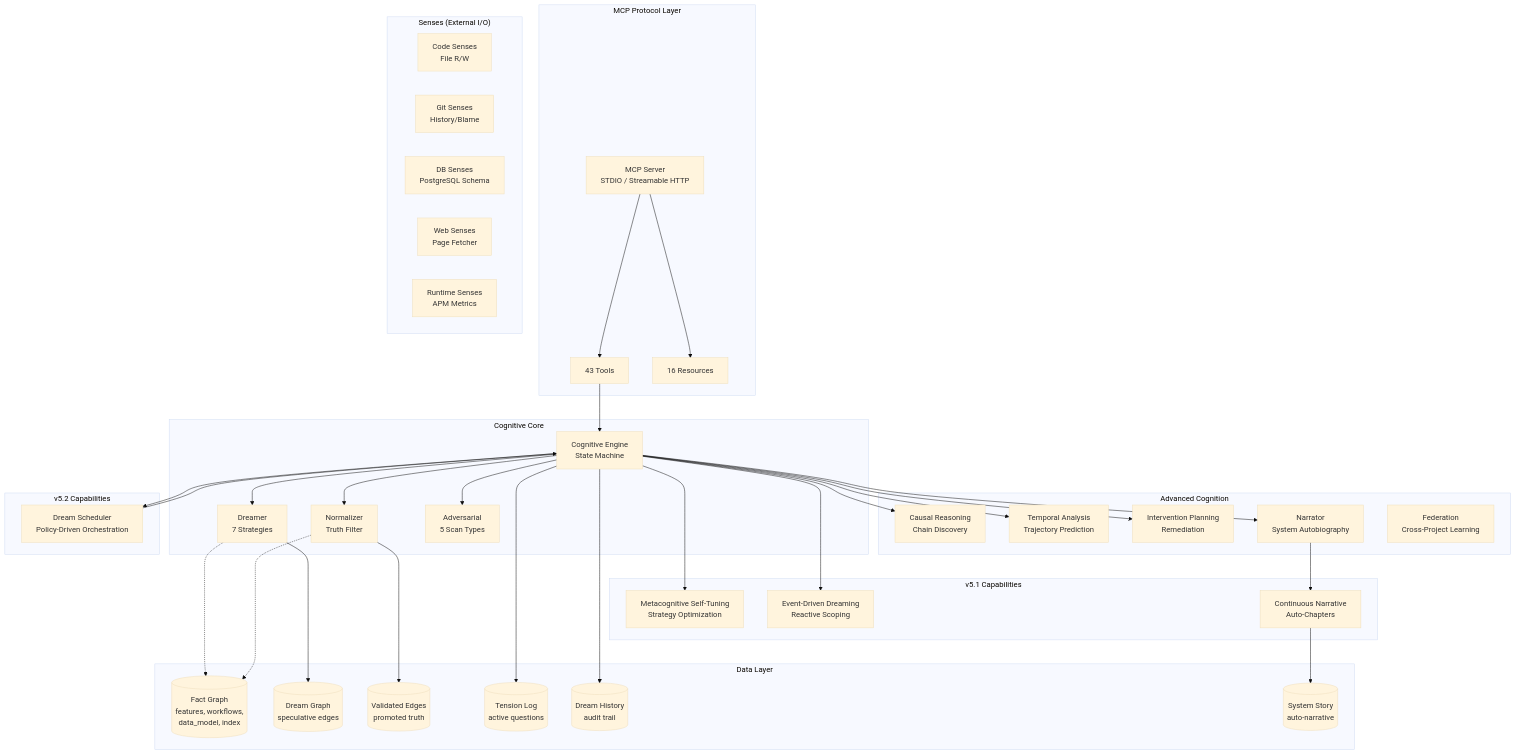
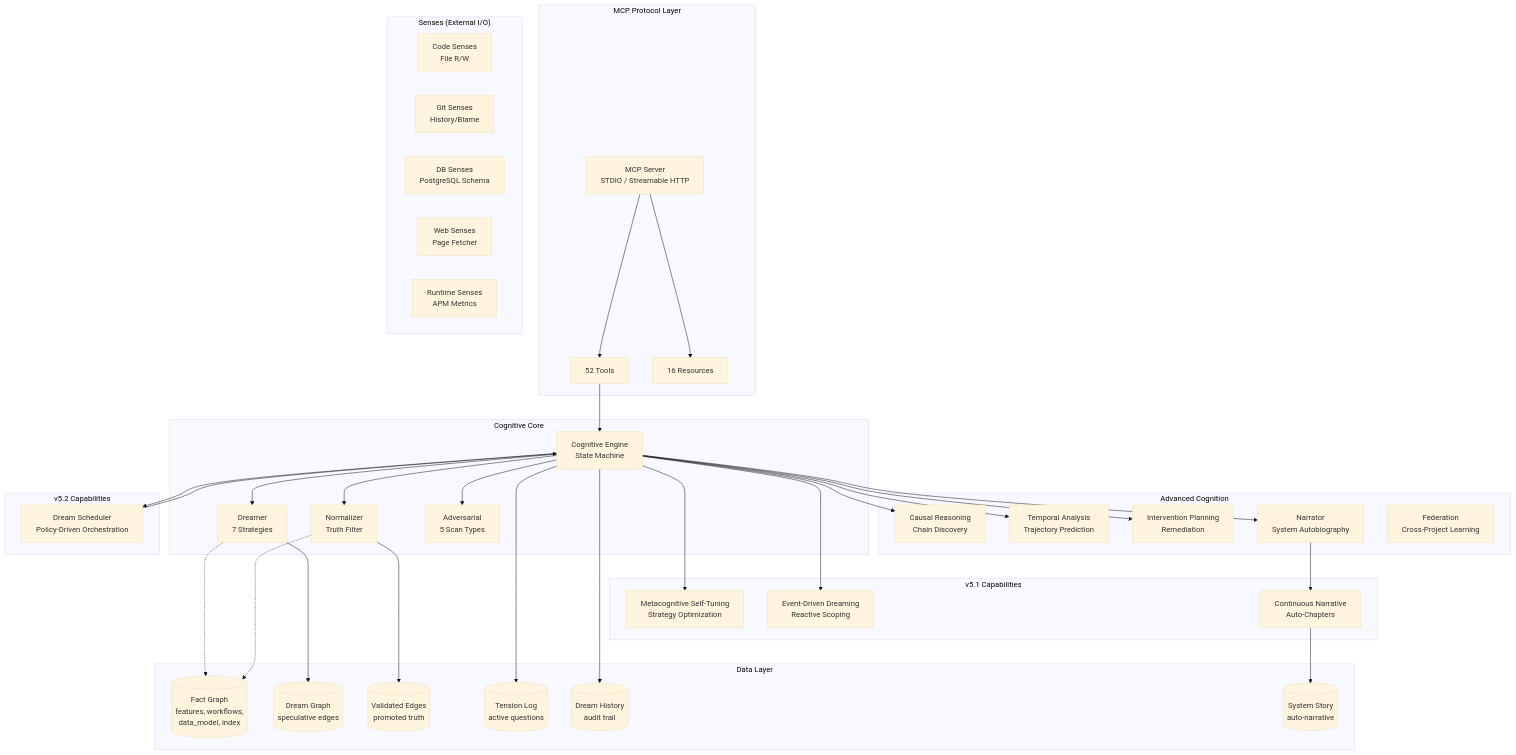
One commit to mmethodz/dreamgraph changed the first of 2 diagrams in docs/architecture.md. Above: the diagram before and after it, drawn with Mermaid (base theme). The commit also changed other lines of this file and 32 other files, not shown here.

````diff
--- a/docs/architecture.md
+++ b/docs/architecture.md
@@ -59,73 +59,73 @@
 ```mermaid
 graph TB
     subgraph "MCP Protocol Layer"
         Server["MCP Server<br/>STDIO / Streamable HTTP"]
-        Tools["43 Tools"]
+        Tools["52 Tools"]
         Resources["16 Resources"]
     end
 
     subgraph "Cognitive Core"
         Engine["Cognitive Engine<br/>State Machine"]
         Dreamer["Dreamer<br/>7 Strategies"]
         Normalizer["Normalizer<br/>Truth Filter"]
         Adversarial["Adversarial<br/>5 Scan Types"]
     end
 
     subgraph "Advanced Cognition"
         Causal["Causal Reasoning<br/>Chain Discovery"]
         Temporal["Temporal Analysis<br/>Trajectory Prediction"]
         Intervention["Intervention Planning<br/>Remediation"]
         Narrator["Narrator<br/>System Autobiography"]
         Federation["Federation<br/>Cross-Project Learning"]
     end
 
     subgraph "v5.1 Capabilities"
         Metacognition["Metacognitive Self-Tuning<br/>Strategy Optimization"]
         EventRouter["Event-Driven Dreaming<br/>Reactive Scoping"]
         ContinuousNarrative["Continuous Narrative<br/>Auto-Chapters"]
     end
 
     subgraph "v5.2 Capabilities"
         Scheduler["Dream Scheduler<br/>Policy-Driven Orchestration"]
     end
 
     subgraph "Senses (External I/O)"
         Code["Code Senses<br/>File R/W"]
         Git["Git Senses<br/>History/Blame"]
         DB["DB Senses<br/>PostgreSQL Schema"]
         Web["Web Senses<br/>Page Fetcher"]
         Runtime["Runtime Senses<br/>APM Metrics"]
     end
 
     subgraph "Data Layer"
         FactGraph[("Fact Graph<br/>features, workflows,<br/>data_model, index")]
         DreamGraph[("Dream Graph<br/>speculative edges")]
         Validated[("Validated Edges<br/>promoted truth")]
         Tensions[("Tension Log<br/>active questions")]
         History[("Dream History<br/>audit trail")]
         Story[("System Story<br/>auto-narrative")]
     end
 
     Server --> Tools
     Server --> Resources
     Tools --> Engine
     Engine --> Dreamer
     Engine --> Normalizer
     Engine --> Adversarial
     Engine --> Causal
     Engine --> Temporal
     Engine --> Intervention
     Engine --> Narrator
     Engine --> Metacognition
     Engine --> EventRouter
     Engine --> Scheduler
     Narrator --> ContinuousNarrative
     Scheduler --> Engine
     Dreamer --> DreamGraph
     Normalizer --> Validated
     Engine --> Tensions
     Engine --> History
     ContinuousNarrative --> Story
     Dreamer -.-> FactGraph
     Normalizer -.-> FactGraph
 ```
````
